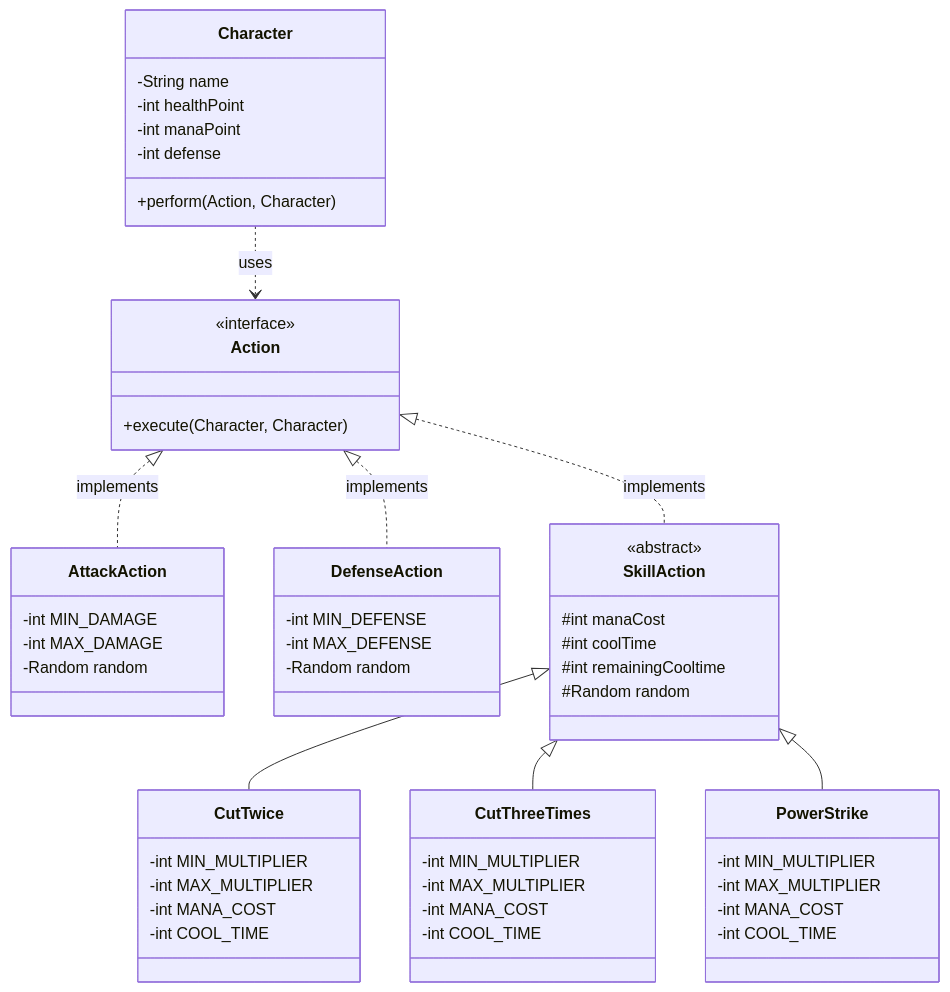
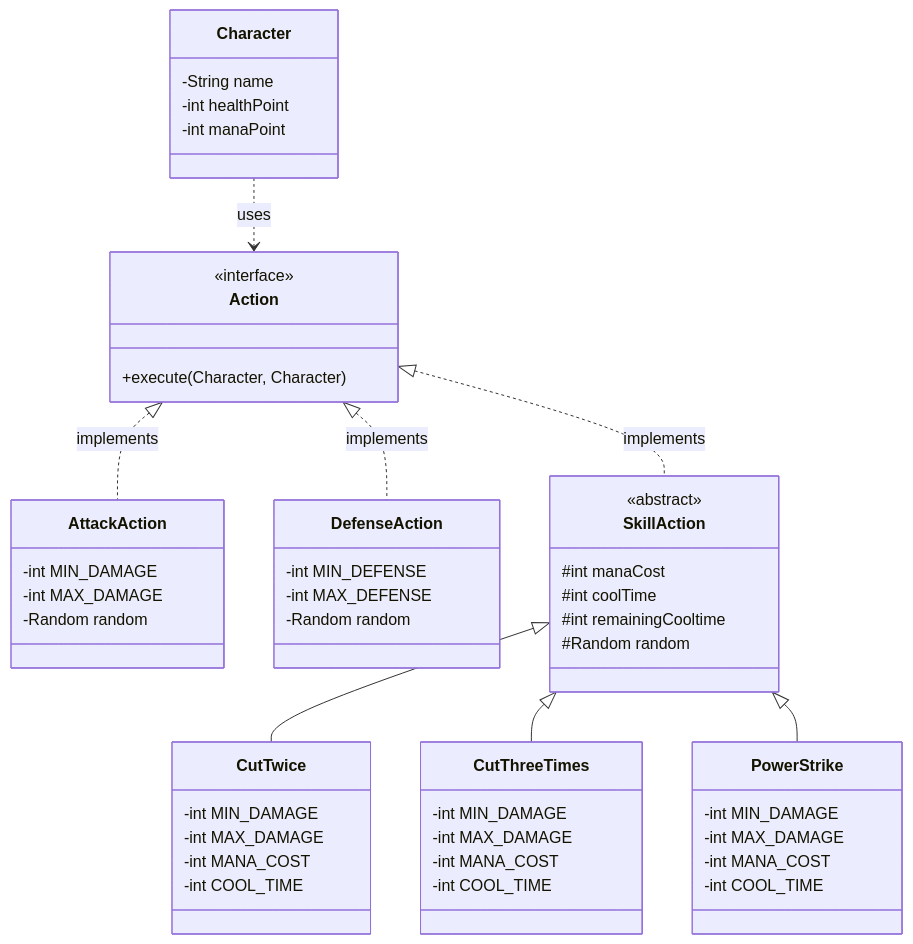
The diagram in TODO.md (hye-inA/2024-2-mission-course-java), drawn with Mermaid before and after one commit.

Commit message:
클래스 설계 수정

```diff
--- a/TODO.md
+++ b/TODO.md
@@ -7,64 +7,62 @@
 ~~~mermaid
 classDiagram
     class Character {
         -String name 
         -int healthPoint
         -int manaPoint
-        -int defense
-        +perform(Action, Character)
     }
 
     class Action {
         <<interface>>
         +execute(Character, Character)
     }
 
     class AttackAction {
         -int MIN_DAMAGE
         -int MAX_DAMAGE
         -Random random
     }
 
     class DefenseAction {
         -int MIN_DEFENSE
         -int MAX_DEFENSE
         -Random random
     }
 
     class SkillAction {
         <<abstract>>
         #int manaCost
         #int coolTime
         #int remainingCooltime
         #Random random
     }
 
     class CutTwice {
-        -int MIN_MULTIPLIER
-        -int MAX_MULTIPLIER
+        -int MIN_DAMAGE
+        -int MAX_DAMAGE
         -int MANA_COST
         -int COOL_TIME
     }
 
     class CutThreeTimes {
-        -int MIN_MULTIPLIER
-        -int MAX_MULTIPLIER
+        -int MIN_DAMAGE
+        -int MAX_DAMAGE
         -int MANA_COST
         -int COOL_TIME
     }
 
     class PowerStrike {
-        -int MIN_MULTIPLIER
-        -int MAX_MULTIPLIER
+        -int MIN_DAMAGE
+        -int MAX_DAMAGE
         -int MANA_COST
         -int COOL_TIME
     }
 
     Character ..> Action : uses
     Action <|.. AttackAction : implements
     Action <|.. DefenseAction : implements
     Action <|.. SkillAction : implements
     SkillAction <|-- CutTwice 
     SkillAction <|-- CutThreeTimes
     SkillAction <|-- PowerStrike
 ~~~
```
